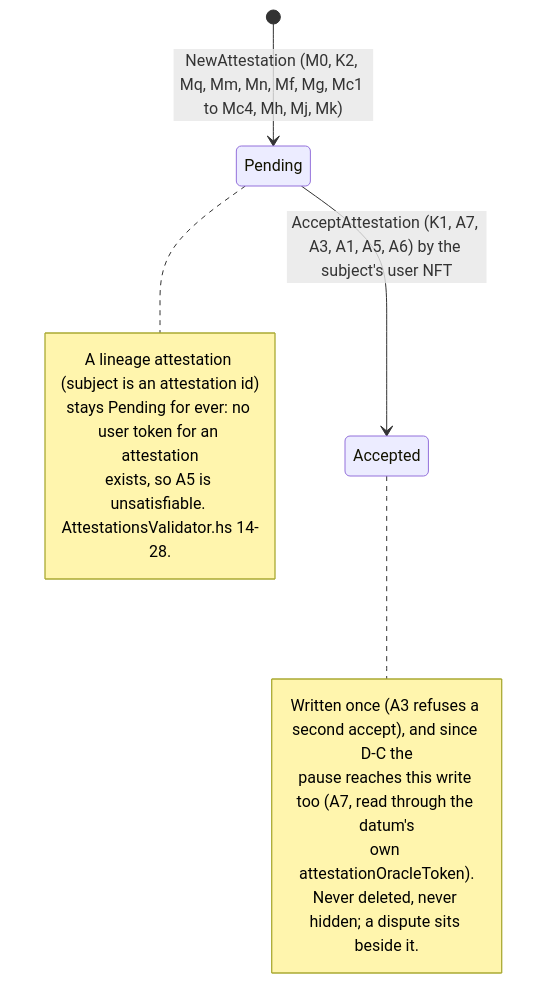
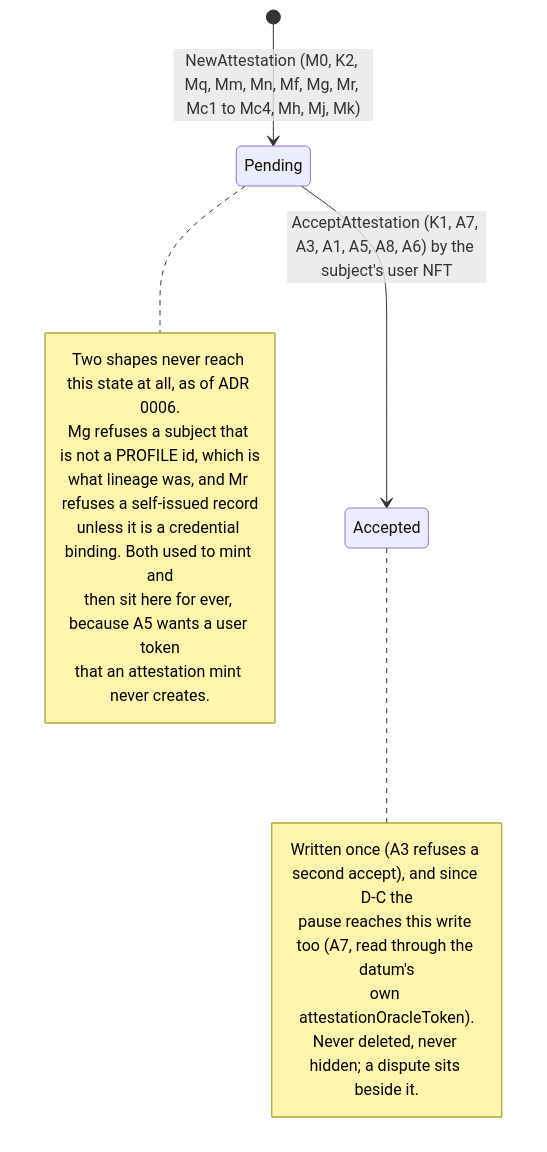
Before and after one commit to en7angled/palmares: the eighth of 13 diagrams in docs/architecture/onchain-flows.md, drawn with Mermaid. The commit also changed other lines of this file and 27 other files, not shown here.

````diff
--- a/docs/architecture/onchain-flows.md
+++ b/docs/architecture/onchain-flows.md
@@ -691,16 +692,19 @@
 ```mermaid
 stateDiagram-v2
-  [*] --> Pending : NewAttestation (M0, K2, Mq, Mm, Mn, Mf, Mg, Mc1 to Mc4, Mh, Mj, Mk)
-  Pending --> Accepted : AcceptAttestation (K1, A7, A3, A1, A5, A6) by the subject's user NFT
+  [*] --> Pending : NewAttestation (M0, K2, Mq, Mm, Mn, Mf, Mg, Mr, Mc1 to Mc4, Mh, Mj, Mk)
+  Pending --> Accepted : AcceptAttestation (K1, A7, A3, A1, A5, A8, A6) by the subject's user NFT
   note right of Pending
-    A lineage attestation (subject is an attestation id)
-    stays Pending for ever: no user token for an attestation
-    exists, so A5 is unsatisfiable. AttestationsValidator.hs 14-28.
+    Two shapes never reach this state at all, as of ADR 0006.
+    Mg refuses a subject that is not a PROFILE id, which is
+    what lineage was, and Mr refuses a self-issued record
+    unless it is a credential binding. Both used to mint and
+    then sit here for ever, because A5 wants a user token
+    that an attestation mint never creates.
   end note
   note right of Accepted
     Written once (A3 refuses a second accept), and since D-C the
     pause reaches this write too (A7, read through the datum's
     own attestationOracleToken).
     Never deleted, never hidden; a dispute sits beside it.
   end note
 ```
````
